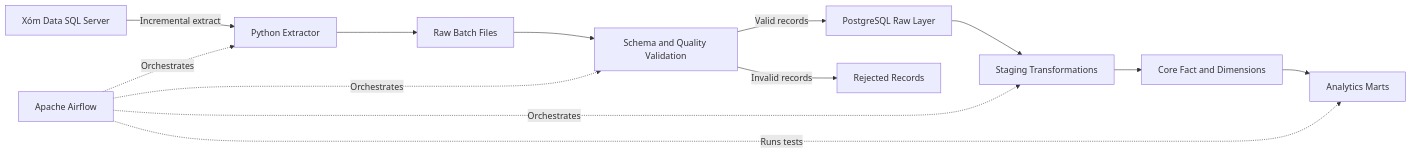
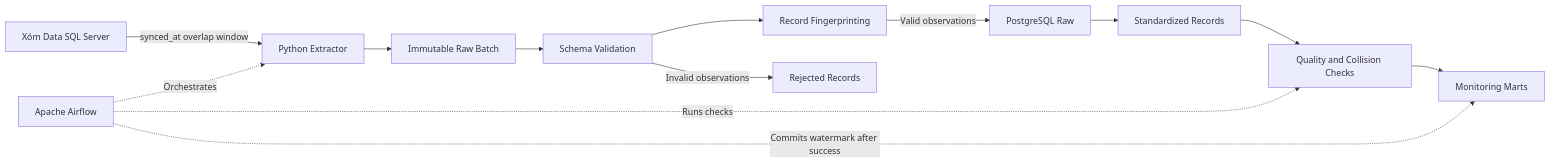
The diagram in docs/architecture.md (lbNGuyen06/shopee-marketplace-data-quality-pipeline), drawn with Mermaid before and after one commit. The commit also changed other lines of this file and 4 other files, not shown here.

Commit message:
docs: adopt append-only quality monitoring scope

````diff
--- a/docs/architecture.md
+++ b/docs/architecture.md
@@ -11,15 +11,15 @@
 ```mermaid
 flowchart LR
-    A[Xóm Data SQL Server] -->|Incremental extract| B[Python Extractor]
-    B --> C[Raw Batch Files]
-    C --> D[Schema and Quality Validation]
-    D -->|Valid records| E[PostgreSQL Raw Layer]
-    D -->|Invalid records| F[Rejected Records]
-    E --> G[Staging Transformations]
-    G --> H[Core Fact and Dimensions]
-    H --> I[Analytics Marts]
-    J[Apache Airflow] -. Orchestrates .-> B
-    J -. Orchestrates .-> D
-    J -. Orchestrates .-> G
-    J -. Runs tests .-> I
+    A[Xóm Data SQL Server] -->|synced_at overlap window| B[Python Extractor]
+    B --> C[Immutable Raw Batch]
+    C --> D[Schema Validation]
+    D --> E[Record Fingerprinting]
+    E -->|Valid observations| F[PostgreSQL Raw]
+    D -->|Invalid observations| G[Rejected Records]
+    F --> H[Standardized Records]
+    H --> I[Quality and Collision Checks]
+    I --> J[Monitoring Marts]
+    K[Apache Airflow] -. Orchestrates .-> B
+    K -. Runs checks .-> I
+    K -. Commits watermark after success .-> J
 ```
````
